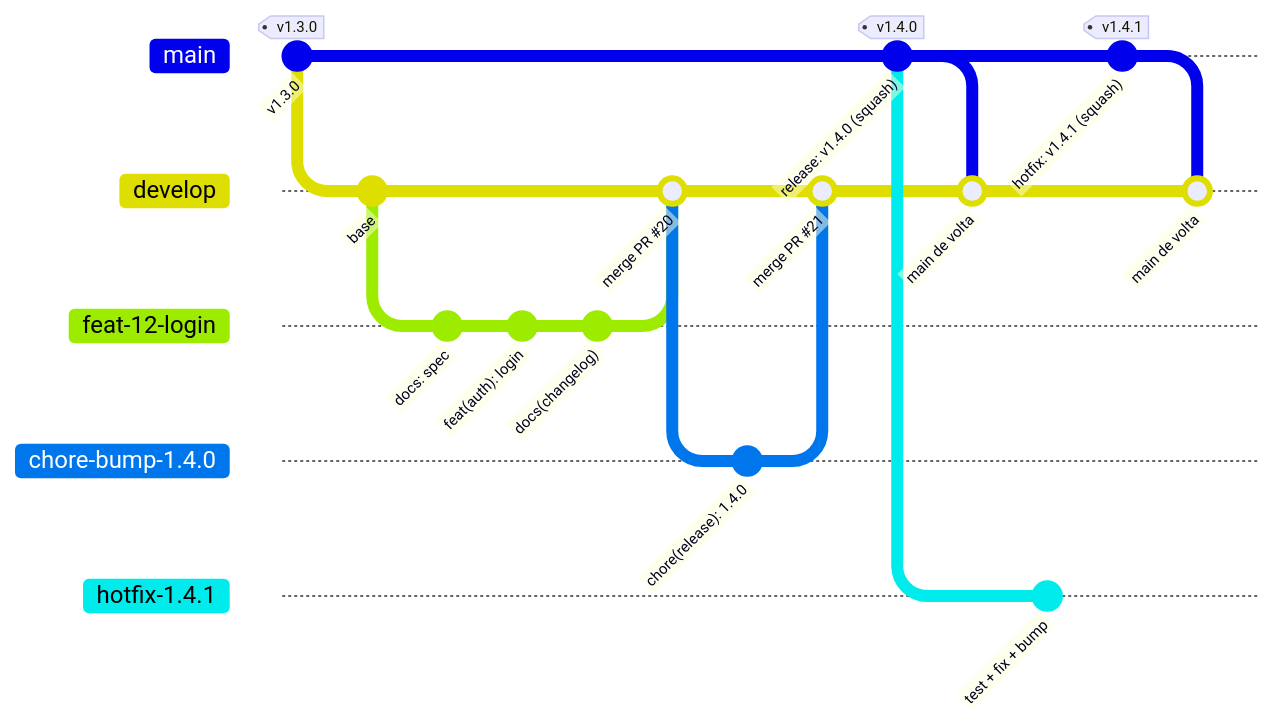
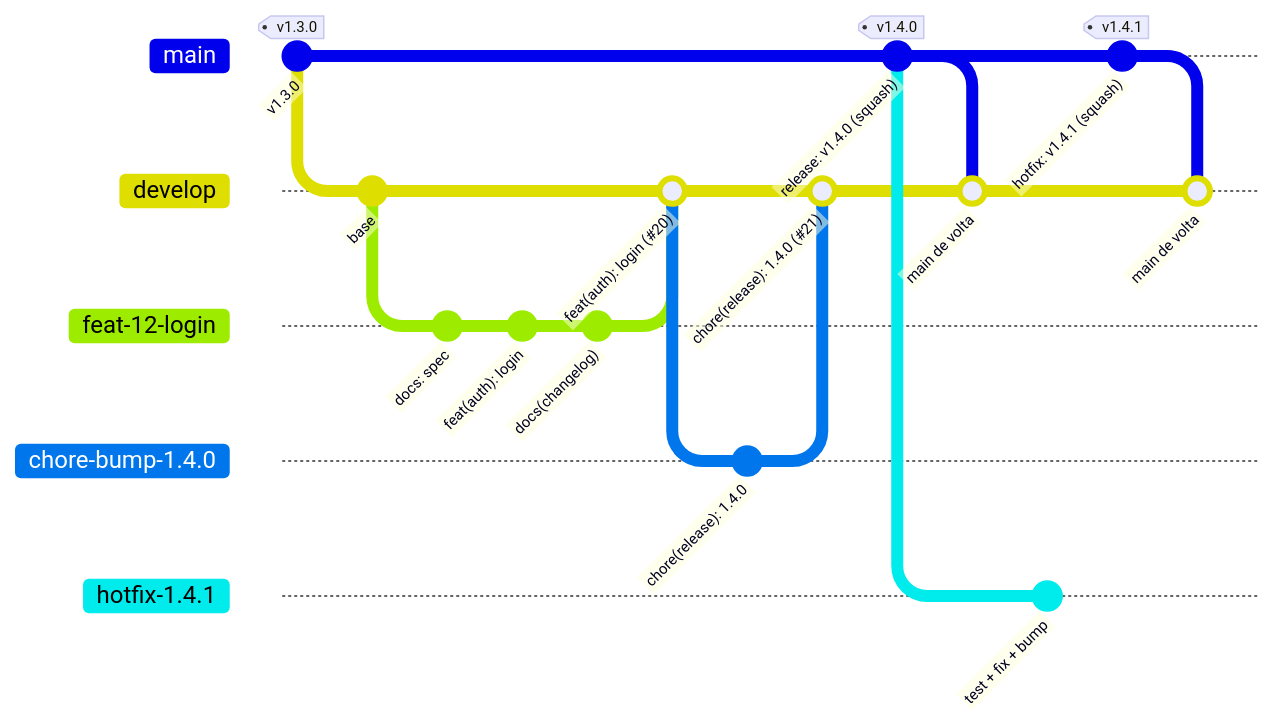
Before and after one commit to diego-castilho/dev-standards: the third of 13 diagrams in docs/REGRAS.md, drawn with Mermaid. The commit also changed other lines of this file and 30 other files, not shown here.

````diff
--- a/docs/REGRAS.md
+++ b/docs/REGRAS.md
@@ -103,31 +117,31 @@
 ```mermaid
 gitGraph
   commit id: "v1.3.0" tag: "v1.3.0"
   branch develop
   checkout develop
   commit id: "base"
   branch feat-12-login
   checkout feat-12-login
   commit id: "docs: spec"
   commit id: "feat(auth): login"
   commit id: "docs(changelog)"
   checkout develop
-  merge feat-12-login id: "merge PR #20"
+  merge feat-12-login id: "feat(auth): login (#20)"
   branch chore-bump-1.4.0
   checkout chore-bump-1.4.0
   commit id: "chore(release): 1.4.0"
   checkout develop
-  merge chore-bump-1.4.0 id: "merge PR #21"
+  merge chore-bump-1.4.0 id: "chore(release): 1.4.0 (#21)"
   checkout main
   commit id: "release: v1.4.0 (squash)" tag: "v1.4.0"
   checkout develop
   merge main id: "main de volta"
   checkout main
   branch hotfix-1.4.1
   checkout hotfix-1.4.1
   commit id: "test + fix + bump"
   checkout main
   commit id: "hotfix: v1.4.1 (squash)" tag: "v1.4.1"
   checkout develop
   merge main id: "main de volta "
 ```
````
